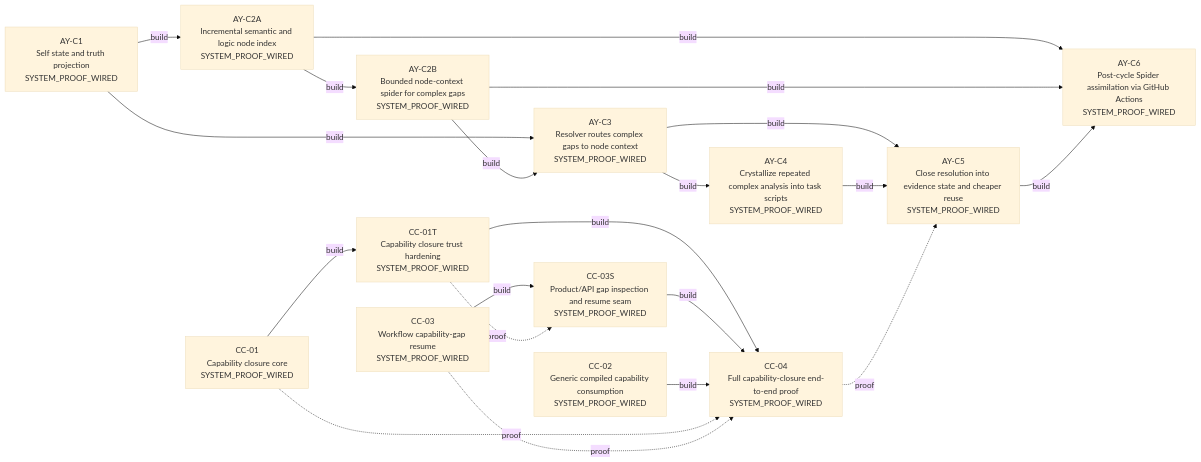
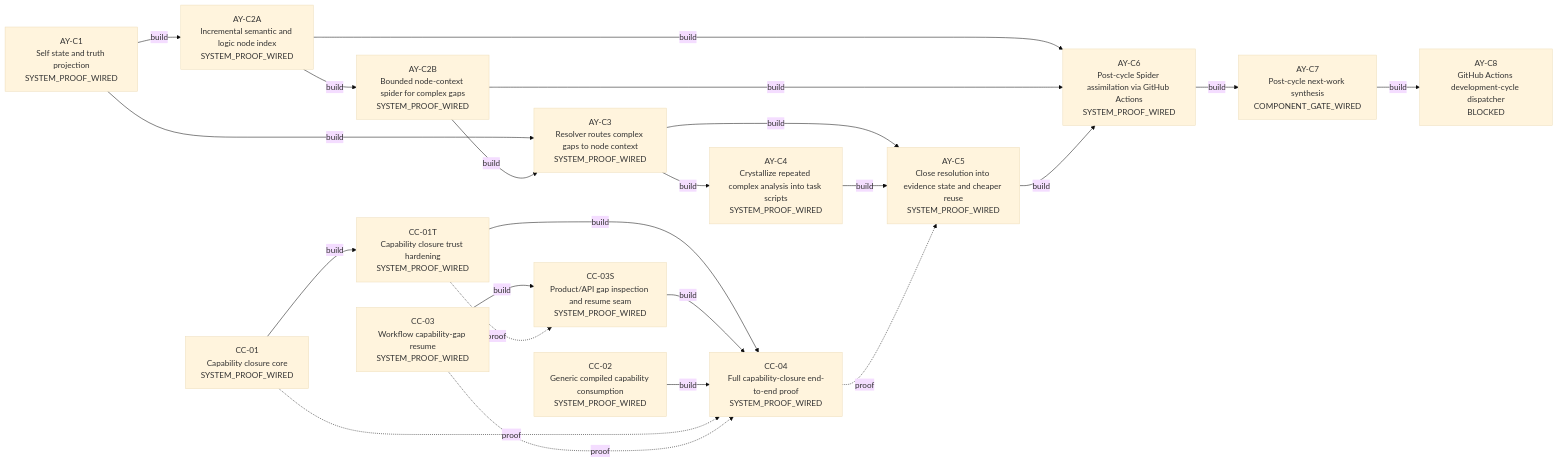
Before and after one commit to duducel204/AutoCompiler: the diagram in docs/WORK_MAP.md, drawn with Mermaid (base theme). The commit also changed other lines of this file, not shown here.

Commit message:
docs: regenerate work map for AY-C7/C8

````diff
--- a/docs/WORK_MAP.md
+++ b/docs/WORK_MAP.md
@@ -18,35 +18,39 @@
 ```mermaid
 flowchart LR
   W_CC_01["CC-01<br/>Capability closure core<br/>SYSTEM_PROOF_WIRED"]
   W_CC_01T["CC-01T<br/>Capability closure trust hardening<br/>SYSTEM_PROOF_WIRED"]
   W_CC_03["CC-03<br/>Workflow capability-gap resume<br/>SYSTEM_PROOF_WIRED"]
   W_CC_03S["CC-03S<br/>Product/API gap inspection and resume seam<br/>SYSTEM_PROOF_WIRED"]
   W_CC_02["CC-02<br/>Generic compiled capability consumption<br/>SYSTEM_PROOF_WIRED"]
   W_CC_04["CC-04<br/>Full capability-closure end-to-end proof<br/>SYSTEM_PROOF_WIRED"]
   W_AY_C1["AY-C1<br/>Self state and truth projection<br/>SYSTEM_PROOF_WIRED"]
   W_AY_C2A["AY-C2A<br/>Incremental semantic and logic node index<br/>SYSTEM_PROOF_WIRED"]
   W_AY_C2B["AY-C2B<br/>Bounded node-context spider for complex gaps<br/>SYSTEM_PROOF_WIRED"]
   W_AY_C3["AY-C3<br/>Resolver routes complex gaps to node context<br/>SYSTEM_PROOF_WIRED"]
   W_AY_C4["AY-C4<br/>Crystallize repeated complex analysis into task scripts<br/>SYSTEM_PROOF_WIRED"]
   W_AY_C5["AY-C5<br/>Close resolution into evidence state and cheaper reuse<br/>SYSTEM_PROOF_WIRED"]
   W_AY_C6["AY-C6<br/>Post-cycle Spider assimilation via GitHub Actions<br/>SYSTEM_PROOF_WIRED"]
+  W_AY_C7["AY-C7<br/>Post-cycle next-work synthesis<br/>COMPONENT_GATE_WIRED"]
+  W_AY_C8["AY-C8<br/>GitHub Actions development-cycle dispatcher<br/>BLOCKED"]
   W_CC_01 -->|build| W_CC_01T
   W_CC_03 -->|build| W_CC_03S
   W_CC_01T -.->|proof| W_CC_03S
   W_CC_01T -->|build| W_CC_04
   W_CC_03S -->|build| W_CC_04
   W_CC_02 -->|build| W_CC_04
   W_CC_01 -.->|proof| W_CC_04
   W_CC_03 -.->|proof| W_CC_04
   W_AY_C1 -->|build| W_AY_C2A
   W_AY_C2A -->|build| W_AY_C2B
   W_AY_C1 -->|build| W_AY_C3
   W_AY_C2B -->|build| W_AY_C3
   W_AY_C3 -->|build| W_AY_C4
   W_AY_C3 -->|build| W_AY_C5
   W_AY_C4 -->|build| W_AY_C5
   W_CC_04 -.->|proof| W_AY_C5
   W_AY_C2A -->|build| W_AY_C6
   W_AY_C2B -->|build| W_AY_C6
   W_AY_C5 -->|build| W_AY_C6
+  W_AY_C6 -->|build| W_AY_C7
+  W_AY_C7 -->|build| W_AY_C8
 ```
````
